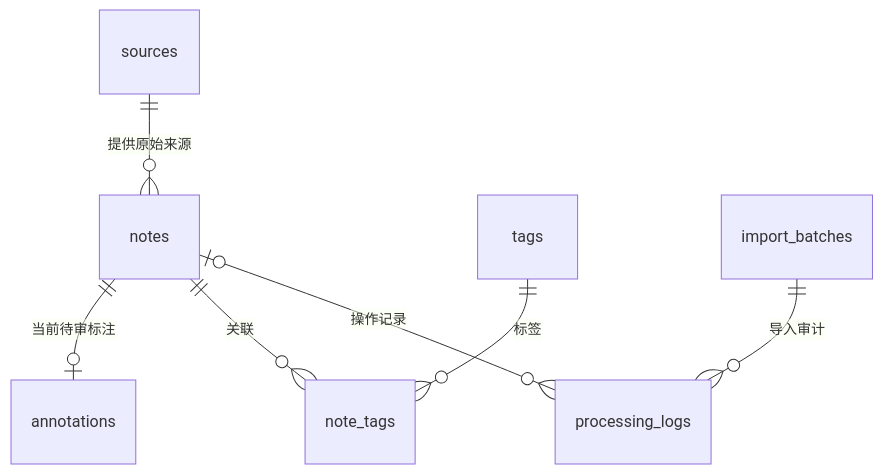
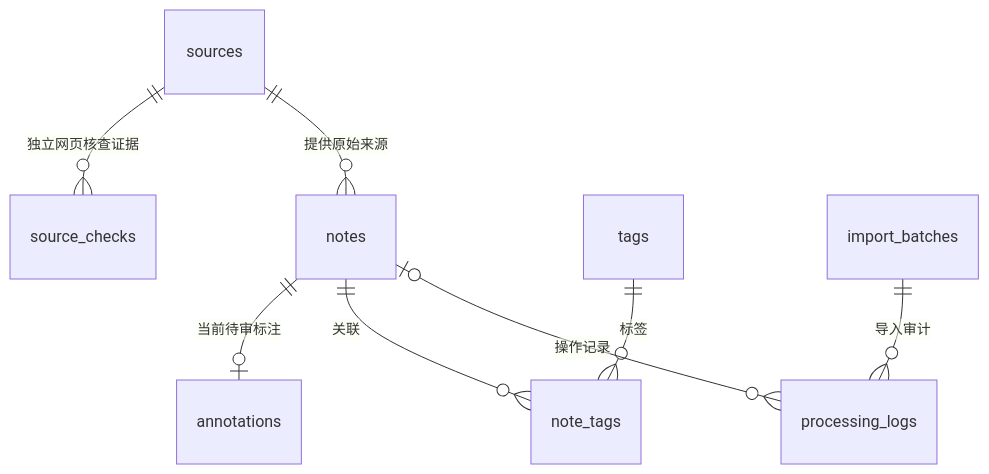
One commit to skh020309-maker/loom-database changed the diagram in docs/数据库设计.md. Above: the diagram before and after it, drawn with Mermaid. The commit also changed other lines of this file and 27 other files, not shown here.

Commit message:
Add per-excerpt source checks, audit evidence and data quality validation

````diff
--- a/docs/数据库设计.md
+++ b/docs/数据库设计.md
@@ -11,9 +11,10 @@
 ```mermaid
 erDiagram
+    sources ||--o{ source_checks : "独立网页核查证据"
     sources ||--o{ notes : "提供原始来源"
     notes ||--o| annotations : "当前待审标注"
     notes ||--o{ note_tags : "关联"
     tags ||--o{ note_tags : "标签"
     import_batches ||--o{ processing_logs : "导入审计"
     notes o|--o{ processing_logs : "操作记录"
 ```
````
